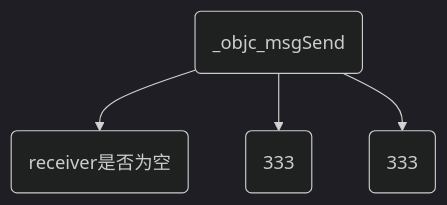
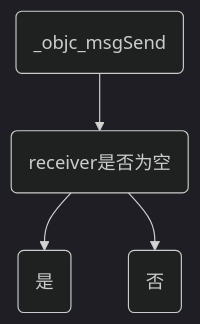
One commit to i-stack/STSourceCodeProject changed the diagram in Blogs/iOS/04-消息转发流程.md. Above: the diagram before and after it, drawn with Mermaid (dark theme).

````diff
--- a/Blogs/iOS/04-消息转发流程.md
+++ b/Blogs/iOS/04-消息转发流程.md
@@ -88,7 +88,7 @@
 ```mermaid
 graph TD
 A(_objc_msgSend)-->B1(receiver是否为空)
-A(_objc_msgSend)-->B2(333)
-A(_objc_msgSend)-->B3(333)
+B1(receiver是否为空)-->C1(是)
+B1(receiver是否为空)-->C2(否)
 
 ```
````
